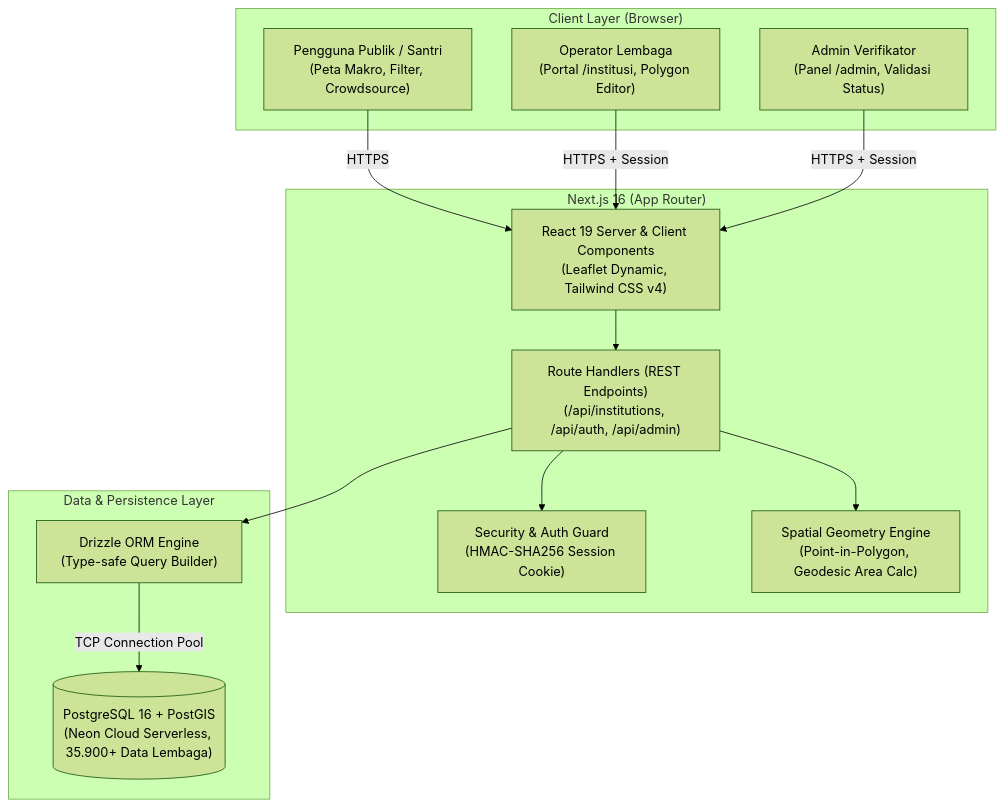
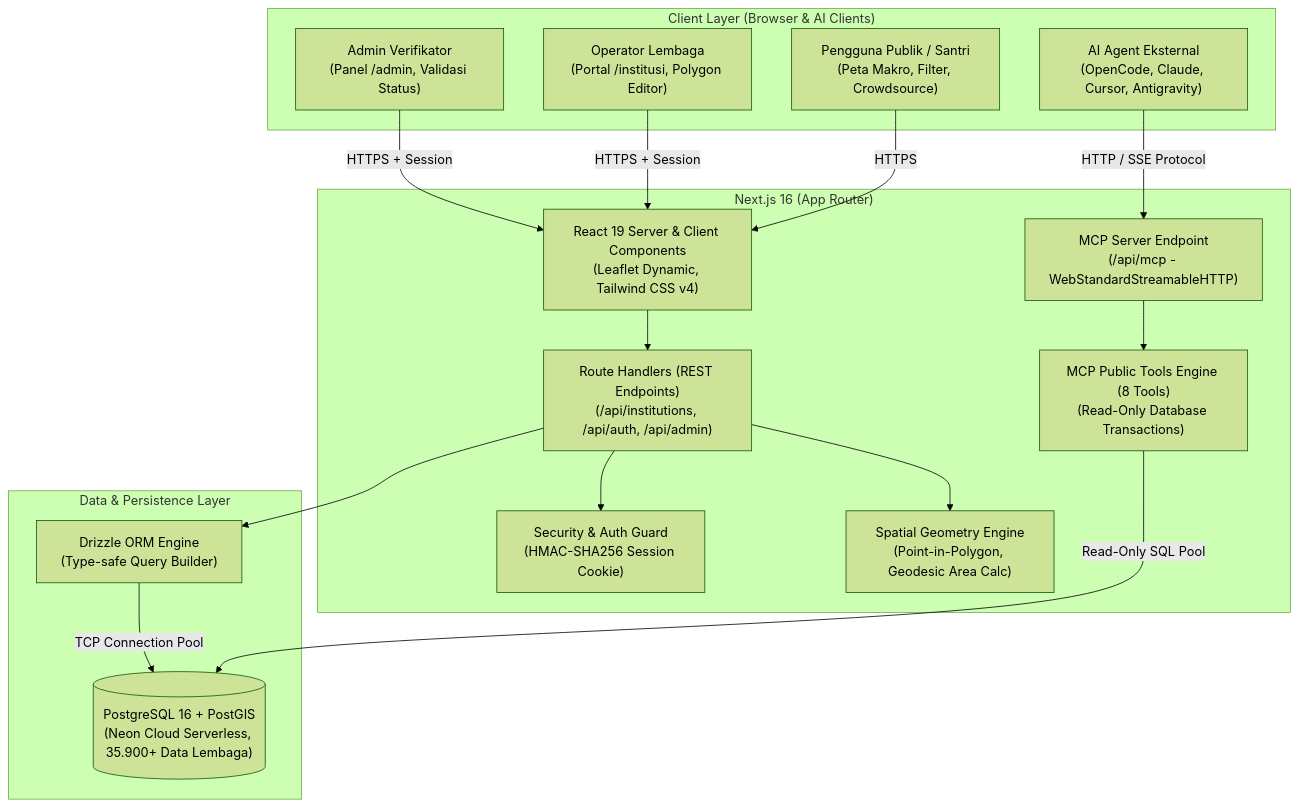
Before and after one commit to Abunawas-3214/sis-lpi-next: the first of 5 diagrams in Architecture.md, drawn with Mermaid (forest theme). The commit also changed other lines of this file and 12 other files, not shown here.

Commit message:
feat: add MCP server

````diff
--- a/Architecture.md
+++ b/Architecture.md
@@ -12,30 +12,36 @@
 ```mermaid
 flowchart TD
-    subgraph ClientLayer ["Client Layer (Browser)"]
+    subgraph ClientLayer ["Client Layer (Browser & AI Clients)"]
         PublicUser["Pengguna Publik / Santri\n(Peta Makro, Filter, Crowdsource)"]
         InstUser["Operator Lembaga\n(Portal /institusi, Polygon Editor)"]
         AdminUser["Admin Verifikator\n(Panel /admin, Validasi Status)"]
+        AiAgent["AI Agent Eksternal\n(OpenCode, Claude, Cursor, Antigravity)"]
     end
 
     subgraph AppLayer ["Next.js 16 (App Router)"]
         UI_Components["React 19 Server & Client Components\n(Leaflet Dynamic, Tailwind CSS v4)"]
         RouteHandlers["Route Handlers (REST Endpoints)\n(/api/institutions, /api/auth, /api/admin)"]
+        McpHandler["MCP Server Endpoint\n(/api/mcp - WebStandardStreamableHTTP)"]
         AuthMiddleware["Security & Auth Guard\n(HMAC-SHA256 Session Cookie)"]
         SpatialEngine["Spatial Geometry Engine\n(Point-in-Polygon, Geodesic Area Calc)"]
+        McpTools["MCP Public Tools Engine (8 Tools)\n(Read-Only Database Transactions)"]
     end
 
     subgraph DataLayer ["Data & Persistence Layer"]
         Drizzle["Drizzle ORM Engine\n(Type-safe Query Builder)"]
         NeonDB[("PostgreSQL 16 + PostGIS\n(Neon Cloud Serverless, 35.900+ Data Lembaga)")]
     end
 
     PublicUser -->|HTTPS| UI_Components
     InstUser -->|HTTPS + Session| UI_Components
     AdminUser -->|HTTPS + Session| UI_Components
+    AiAgent -->|HTTP / SSE Protocol| McpHandler
 
     UI_Components --> RouteHandlers
+    McpHandler --> McpTools
     RouteHandlers --> AuthMiddleware
     RouteHandlers --> SpatialEngine
     RouteHandlers --> Drizzle
+    McpTools -->|Read-Only SQL Pool| NeonDB
     Drizzle -->|TCP Connection Pool| NeonDB
 ```
````
